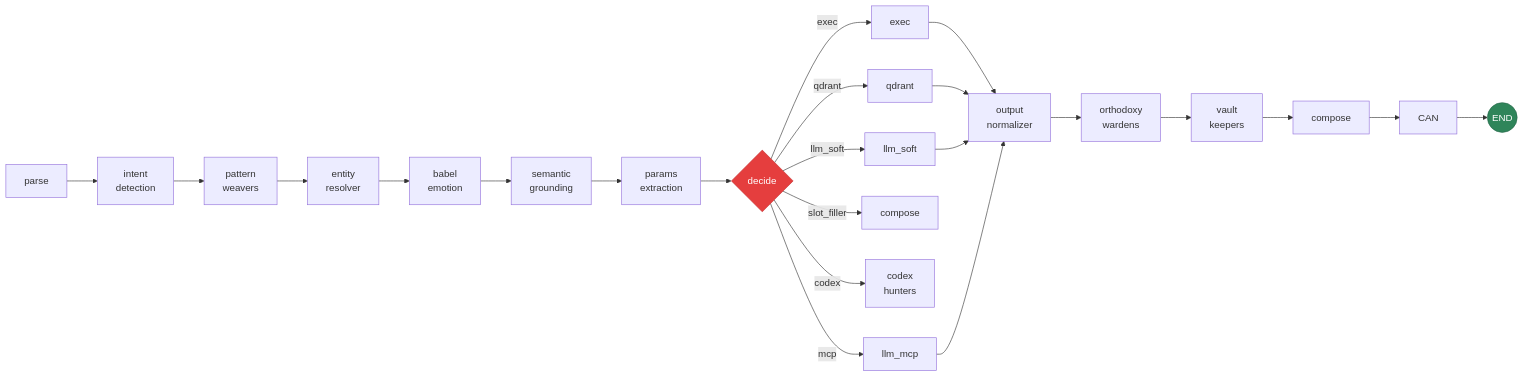
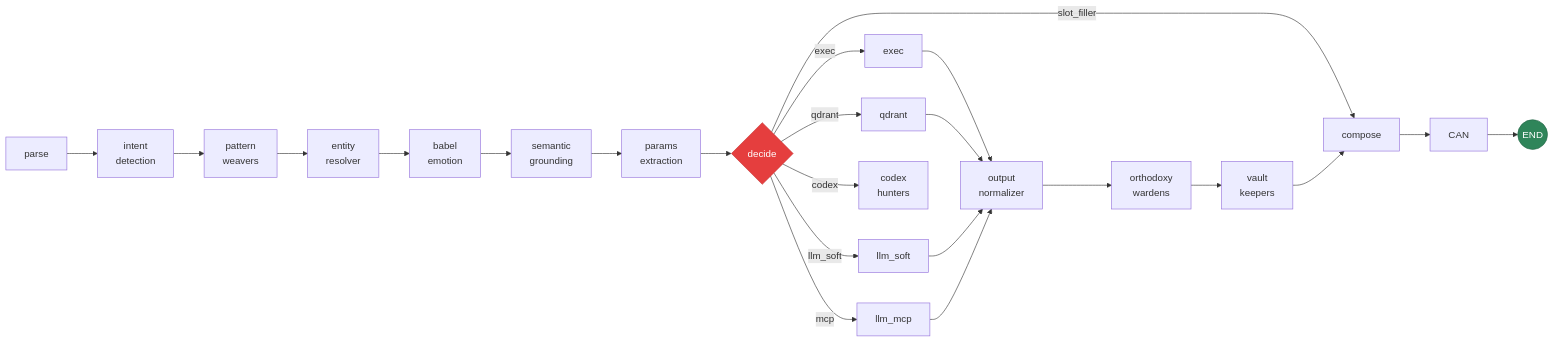
One commit to vitruvyan/vitruvyan-core changed the second of 2 diagrams in docs/foundational/VITRUVYAN_OVERVIEW.md. Above: the diagram before and after it, drawn with Mermaid. The commit also changed other lines of this file and 21 other files, not shown here.

````diff
--- a/docs/foundational/VITRUVYAN_OVERVIEW.md
+++ b/docs/foundational/VITRUVYAN_OVERVIEW.md
@@ -211,31 +211,31 @@
 ```mermaid
 graph LR
     A[parse] --> B["intent<br/>detection"]
     B --> C["pattern<br/>weavers"]
     C --> D["entity<br/>resolver"]
     D --> E["babel<br/>emotion"]
     E --> F["semantic<br/>grounding"]
     F --> G["params<br/>extraction"]
     G --> H{decide}
 
     H -->|exec| I[exec]
     H -->|qdrant| J[qdrant]
     H -->|llm_soft| K[llm_soft]
-    H -->|slot_filler| L[compose]
     H -->|codex| M["codex<br/>hunters"]
     H -->|mcp| N[llm_mcp]
 
     I --> O["output<br/>normalizer"]
     J --> O
     K --> O
     N --> O
 
     O --> P["orthodoxy<br/>wardens"]
     P --> Q["vault<br/>keepers"]
-    Q --> R[compose]
+    H -->|slot_filler| R[compose]
+    Q --> R
     R --> S[CAN]
     S --> T((END))
 
     style H fill:#e53e3e,stroke:#c53030,color:#fff
     style T fill:#2f855a,stroke:#276749,color:#fff
 ```
````
